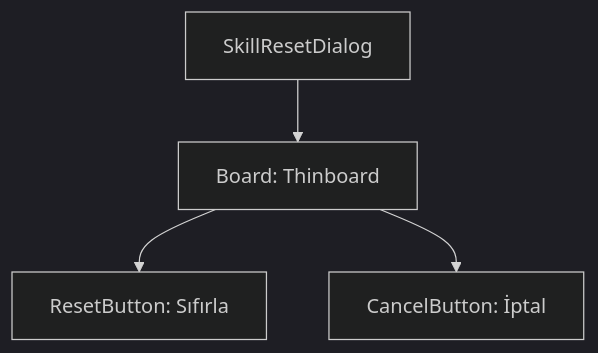
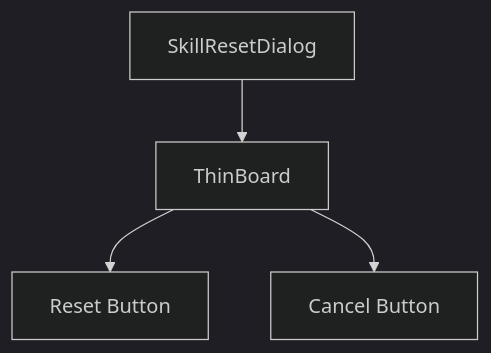
Before and after one commit to Engin622/Metin2-Pack-Agent-Skills: the diagram in uiscript/skillpointresetdialog/skills.md, drawn with Mermaid (dark theme). The commit also changed other lines of this file and 65 other files, not shown here.

````diff
--- a/uiscript/skillpointresetdialog/skills.md
+++ b/uiscript/skillpointresetdialog/skills.md
@@ -31,6 +24,6 @@
 ```mermaid
 graph TD
-    A[SkillResetDialog] --> B[Board: Thinboard]
-    B --> C[ResetButton: Sıfırla]
-    B --> D[CancelButton: İptal]
+    A[SkillResetDialog] --> B[ThinBoard]
+    B --> C[Reset Button]
+    B --> D[Cancel Button]
 ```
````
